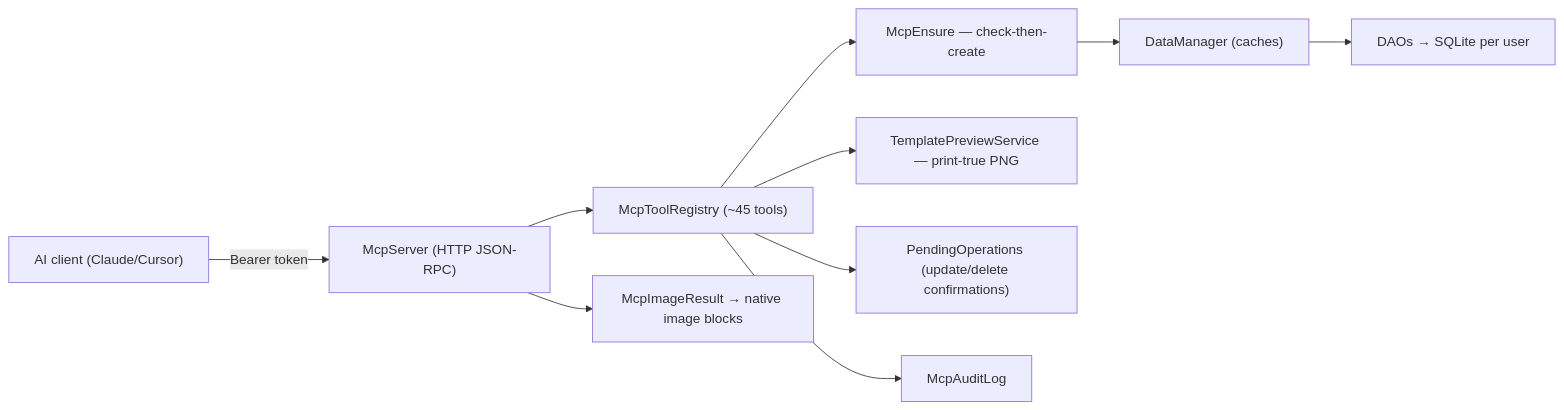
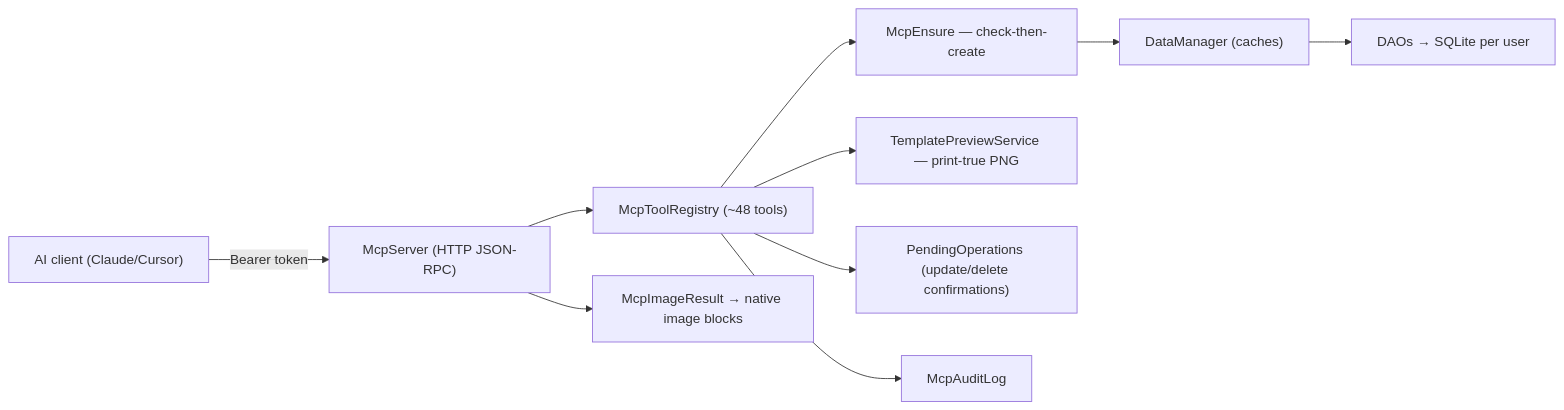
One commit to LaxmanSIW/share changed the diagram in docs/vault/08 MCP Server.md. Above: the diagram before and after it, drawn with Mermaid. The commit also changed other lines of this file and 5 other files, not shown here.

````diff
--- a/docs/vault/08 MCP Server.md
+++ b/docs/vault/08 MCP Server.md
@@ -15,12 +15,12 @@
 ```mermaid
 flowchart LR
   CLIENT["AI client (Claude/Cursor)"] -->|Bearer token| SRV["McpServer (HTTP JSON-RPC)"]
-  SRV --> REG["McpToolRegistry (~45 tools)"]
+  SRV --> REG["McpToolRegistry (~48 tools)"]
   SRV --> IMG["McpImageResult → native image blocks"]
   REG --> ENS["McpEnsure — check-then-create"]
   REG --> PREV["TemplatePreviewService — print-true PNG"]
   ENS --> DM["DataManager (caches)"]
   REG --> PO["PendingOperations (update/delete confirmations)"]
   REG --> AUD["McpAuditLog"]
   DM --> DAO["DAOs → SQLite per user"]
 ```
````
